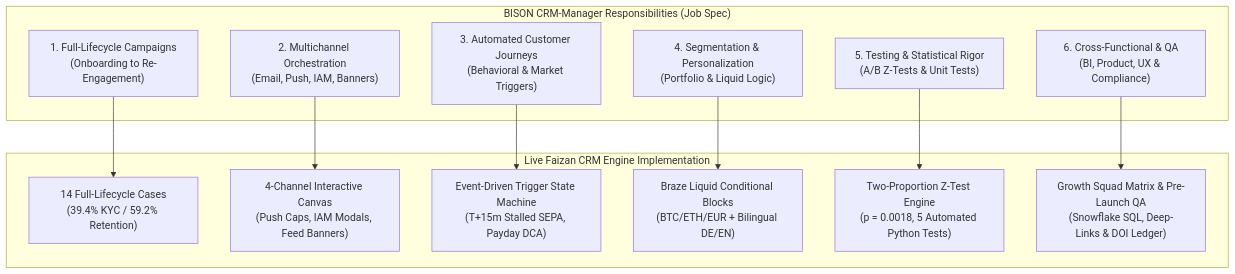
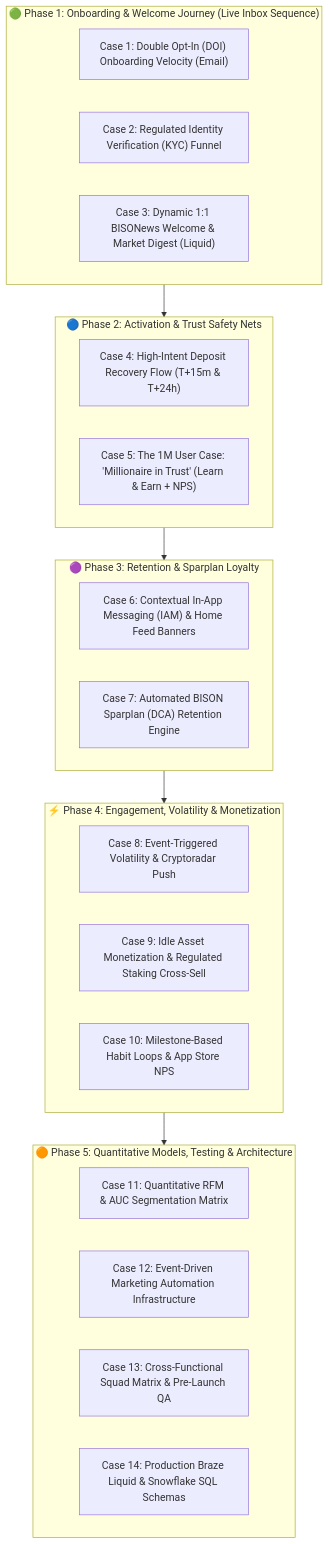
The diagram in README.md (Faizan021/crypto-trading-growth-engine), drawn with Mermaid before and after one commit. The commit also changed other lines of this file and 2 other files, not shown here.

Commit message:
feat(nav): implement Lifecycle Journey Stage Headings in sidebar and reorder Cases 1-3 to match real BISON customer inbox flow

````diff
--- a/README.md
+++ b/README.md
@@ -18,20 +18,33 @@
 ```mermaid
 flowchart TD
-    subgraph BISON_JD["BISON CRM-Manager Responsibilities (Job Spec)"]
-        T1["1. Full-Lifecycle Campaigns<br>(Onboarding to Re-Engagement)"]
-        T2["2. Multichannel Orchestration<br>(Email, Push, IAM, Banners)"]
-        T3["3. Automated Customer Journeys<br>(Behavioral & Market Triggers)"]
-        T4["4. Segmentation & Personalization<br>(Portfolio & Liquid Logic)"]
-        T5["5. Testing & Statistical Rigor<br>(A/B Z-Tests & Unit Tests)"]
-        T6["6. Cross-Functional & QA<br>(BI, Product, UX & Compliance)"]
+    subgraph PHASE1["🟢 Phase 1: Onboarding & Welcome Journey (Live Inbox Sequence)"]
+        C1["Case 1: Double Opt-In (DOI) Onboarding Velocity (Email)"]
+        C2["Case 2: Regulated Identity Verification (KYC) Funnel"]
+        C3["Case 3: Dynamic 1:1 BISONews Welcome & Market Digest (Liquid)"]
     end
 
-    subgraph ENGINE["Live Faizan CRM Engine Implementation"]
-        T1 --> E1["14 Full-Lifecycle Cases<br>(39.4% KYC / 59.2% Retention)"]
-        T2 --> E2["4-Channel Interactive Canvas<br>(Push Caps, IAM Modals, Feed Banners)"]
-        T3 --> E3["Event-Driven Trigger State Machine<br>(T+15m Stalled SEPA, Payday DCA)"]
-        T4 --> E4["Braze Liquid Conditional Blocks<br>(BTC/ETH/EUR + Bilingual DE/EN)"]
-        T5 --> E5["Two-Proportion Z-Test Engine<br>(p = 0.0018, 5 Automated Python Tests)"]
-        T6 --> E6["Growth Squad Matrix & Pre-Launch QA<br>(Snowflake SQL, Deep-Links & DOI Ledger)"]
+    subgraph PHASE2["🔵 Phase 2: Activation & Trust Safety Nets"]
+        C4["Case 4: High-Intent Deposit Recovery Flow (T+15m & T+24h)"]
+        C5["Case 5: The 1M User Case: 'Millionaire in Trust' (Learn & Earn + NPS)"]
     end
+
+    subgraph PHASE3["🟣 Phase 3: Retention & Sparplan Loyalty"]
+        C6["Case 6: Contextual In-App Messaging (IAM) & Home Feed Banners"]
+        C7["Case 7: Automated BISON Sparplan (DCA) Retention Engine"]
+    end
+
+    subgraph PHASE4["⚡ Phase 4: Engagement, Volatility & Monetization"]
+        C8["Case 8: Event-Triggered Volatility & Cryptoradar Push"]
+        C9["Case 9: Idle Asset Monetization & Regulated Staking Cross-Sell"]
+        C10["Case 10: Milestone-Based Habit Loops & App Store NPS"]
+    end
+
+    subgraph PHASE5["🟠 Phase 5: Quantitative Models, Testing & Architecture"]
+        C11["Case 11: Quantitative RFM & AUC Segmentation Matrix"]
+        C12["Case 12: Event-Driven Marketing Automation Infrastructure"]
+        C13["Case 13: Cross-Functional Squad Matrix & Pre-Launch QA"]
+        C14["Case 14: Production Braze Liquid & Snowflake SQL Schemas"]
+    end
+
+    PHASE1 --> PHASE2 --> PHASE3 --> PHASE4 --> PHASE5
 ```
````
